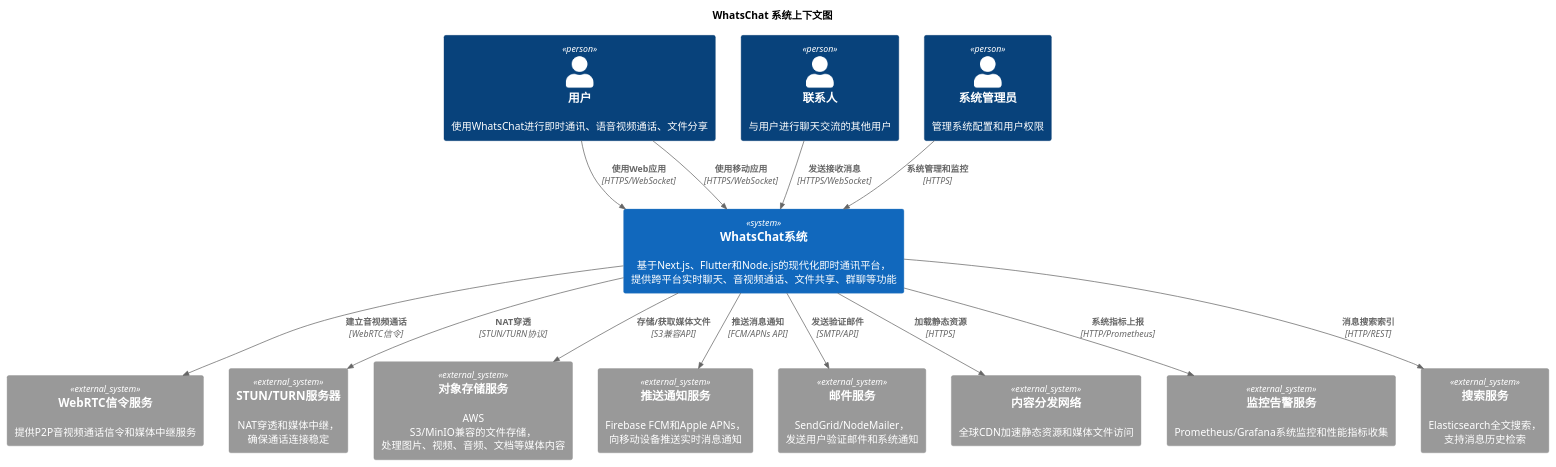
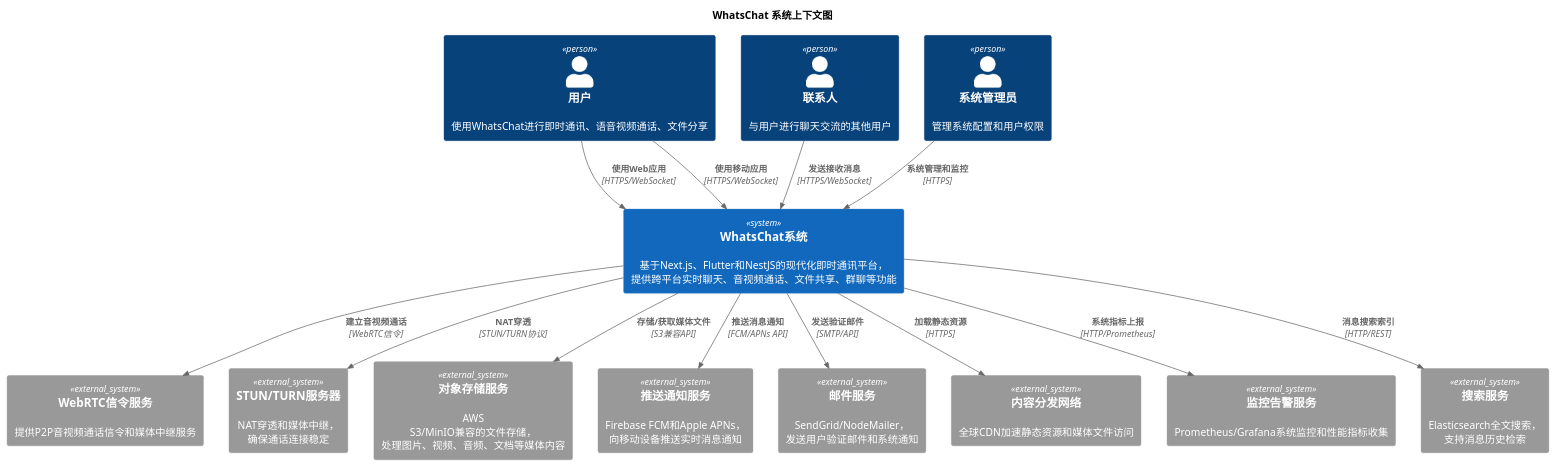
One commit to felixzhu97/whatschat changed the diagram in docs/architecture/c4-system-context.puml. Above: the diagram before and after it, drawn with PlantUML. The commit also changed 11 other files, not shown here.

```diff
--- a/docs/architecture/c4-system-context.puml
+++ b/docs/architecture/c4-system-context.puml
@@ -1,35 +1,35 @@
 @startuml
 !include lib/C4_Context.puml
 
 title WhatsChat 系统上下文图
 
 Person(user, "用户", "使用WhatsChat进行即时通讯、语音视频通话、文件分享")
 Person(contact, "联系人", "与用户进行聊天交流的其他用户")
 Person(admin, "系统管理员", "管理系统配置和用户权限")
 
-System(whatsChat, "WhatsChat系统", "基于Next.js、Flutter和Node.js的现代化即时通讯平台，提供跨平台实时聊天、音视频通话、文件共享、群聊等功能")
+System(whatsChat, "WhatsChat系统", "基于Next.js、Flutter和NestJS的现代化即时通讯平台，提供跨平台实时聊天、音视频通话、文件共享、群聊等功能")
 
 System_Ext(webrtcService, "WebRTC信令服务", "提供P2P音视频通话信令和媒体中继服务")
 System_Ext(stunTurnServer, "STUN/TURN服务器", "NAT穿透和媒体中继，确保通话连接稳定")
 System_Ext(fileStorage, "对象存储服务", "AWS S3/MinIO兼容的文件存储，处理图片、视频、音频、文档等媒体内容")
 System_Ext(pushService, "推送通知服务", "Firebase FCM和Apple APNs，向移动设备推送实时消息通知")
 System_Ext(emailService, "邮件服务", "SendGrid/NodeMailer，发送用户验证邮件和系统通知")
 System_Ext(cdn, "内容分发网络", "全球CDN加速静态资源和媒体文件访问")
 System_Ext(monitoring, "监控告警服务", "Prometheus/Grafana系统监控和性能指标收集")
 System_Ext(searchService, "搜索服务", "Elasticsearch全文搜索，支持消息历史检索")
 
 Rel(user, whatsChat, "使用Web应用", "HTTPS/WebSocket")
 Rel(user, whatsChat, "使用移动应用", "HTTPS/WebSocket")
 Rel(contact, whatsChat, "发送接收消息", "HTTPS/WebSocket")
 Rel(admin, whatsChat, "系统管理和监控", "HTTPS")
 
 Rel(whatsChat, webrtcService, "建立音视频通话", "WebRTC信令")
 Rel(whatsChat, stunTurnServer, "NAT穿透", "STUN/TURN协议")
 Rel(whatsChat, fileStorage, "存储/获取媒体文件", "S3兼容API")
 Rel(whatsChat, pushService, "推送消息通知", "FCM/APNs API")
 Rel(whatsChat, emailService, "发送验证邮件", "SMTP/API")
 Rel(whatsChat, cdn, "加载静态资源", "HTTPS")
 Rel(whatsChat, monitoring, "系统指标上报", "HTTP/Prometheus")
 Rel(whatsChat, searchService, "消息搜索索引", "HTTP/REST")
 
 @enduml
```
